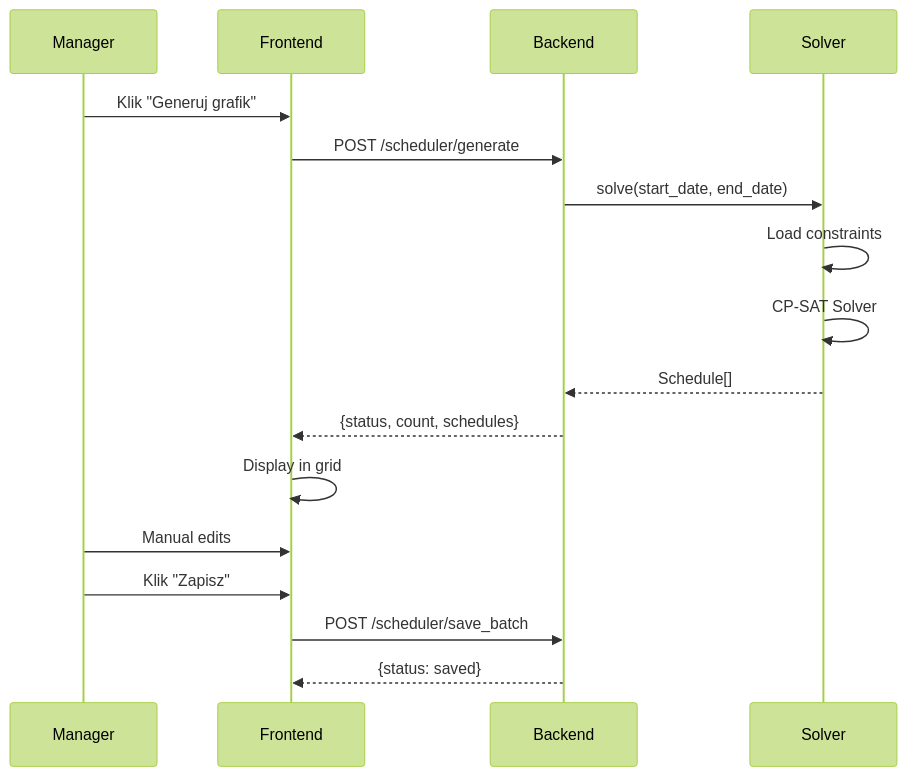
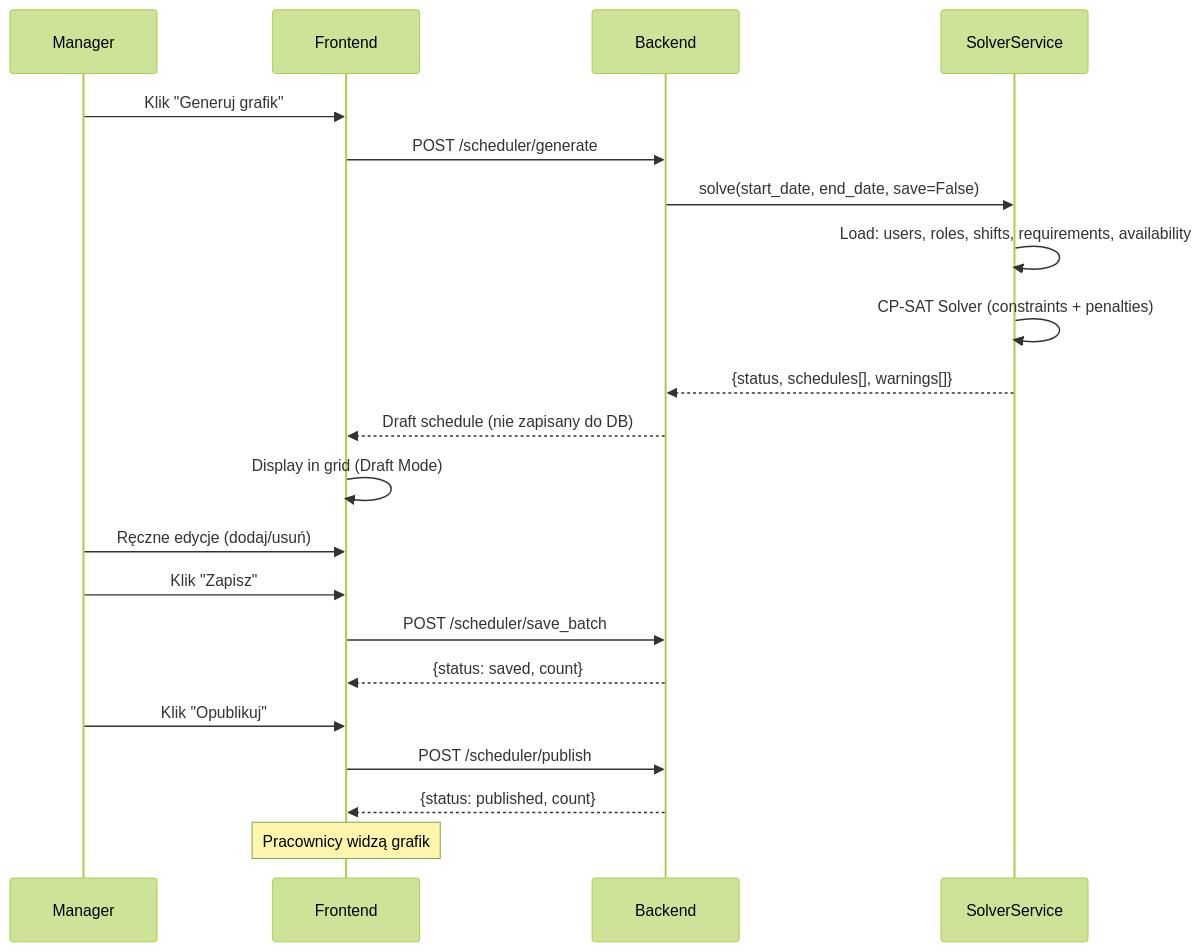
One commit to mwieclawek/PlannerV2 changed the first of 2 diagrams in ARCHITECTURE.md. Above: the diagram before and after it, drawn with Mermaid (forest theme). The commit also changed other lines of this file and 9 other files, not shown here.

````diff
--- a/ARCHITECTURE.md
+++ b/ARCHITECTURE.md
@@ -60,20 +76,24 @@
 ```mermaid
 sequenceDiagram
     participant M as Manager
     participant F as Frontend
     participant B as Backend
-    participant S as Solver
+    participant S as SolverService
 
     M->>F: Klik "Generuj grafik"
     F->>B: POST /scheduler/generate
-    B->>S: solve(start_date, end_date)
-    S->>S: Load constraints
-    S->>S: CP-SAT Solver
-    S-->>B: Schedule[]
-    B-->>F: {status, count, schedules}
-    F->>F: Display in grid
-    M->>F: Manual edits
+    B->>S: solve(start_date, end_date, save=False)
+    S->>S: Load: users, roles, shifts, requirements, availability
+    S->>S: CP-SAT Solver (constraints + penalties)
+    S-->>B: {status, schedules[], warnings[]}
+    B-->>F: Draft schedule (nie zapisany do DB)
+    F->>F: Display in grid (Draft Mode)
+    M->>F: Ręczne edycje (dodaj/usuń)
     M->>F: Klik "Zapisz"
     F->>B: POST /scheduler/save_batch
-    B-->>F: {status: saved}
+    B-->>F: {status: saved, count}
+    M->>F: Klik "Opublikuj"
+    F->>B: POST /scheduler/publish
+    B-->>F: {status: published, count}
+    Note over F: Pracownicy widzą grafik
 ```
````
